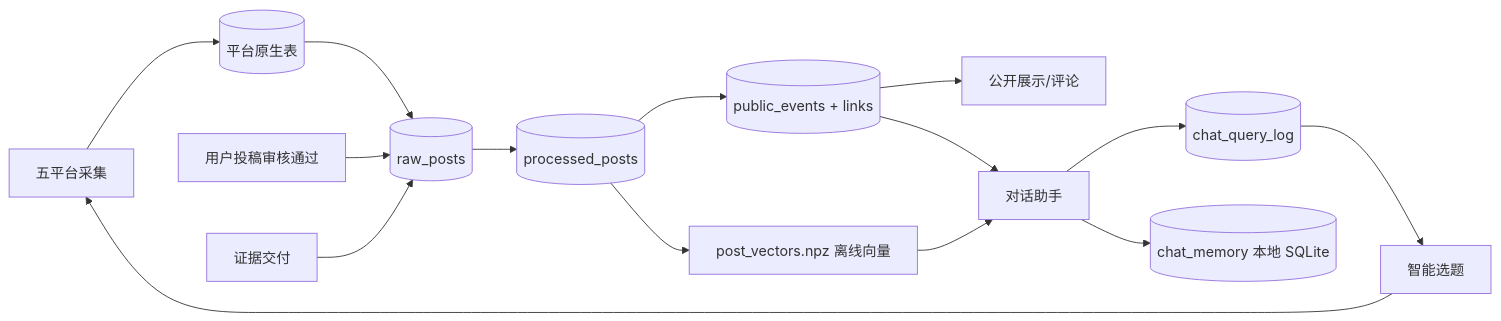
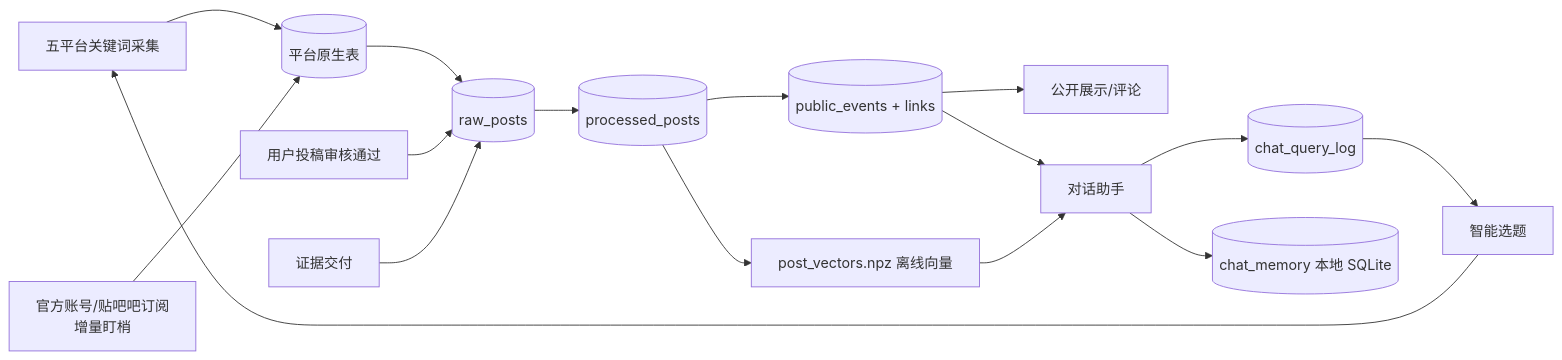
The fifth of 6 diagrams in docs/coursework/03-架构设计文档.md (begger2025/campus-ai-agent), drawn with Mermaid before and after one commit. The commit also changed other lines of this file and 5 other files, not shown here.

First line of the commit message:
docs(coursework): 订阅式爬取入账——FR-B8/架构图订阅通道/测试 1687/提交 258

````diff
--- a/docs/coursework/03-架构设计文档.md
+++ b/docs/coursework/03-架构设计文档.md
@@ -295,16 +295,17 @@
 ```mermaid
 flowchart LR
-    plat[五平台采集] --> native[(平台原生表)]
+    plat[五平台关键词采集] --> native[(平台原生表)]
+    sub2[官方账号/贴吧吧订阅<br/>增量盯梢] --> native
     native --> raw[(raw_posts)]
     sub[用户投稿审核通过] --> raw
     evid[证据交付] --> raw
     raw --> proc[(processed_posts)]
     proc --> vec[post_vectors.npz 离线向量]
     proc --> ev[(public_events + links)]
     ev --> fe1[公开展示/评论]
     ev --> chat[对话助手]
     vec --> chat
     chat --> qlog[(chat_query_log)]
     qlog --> topic[智能选题] --> plat
     chat --> memfile[(chat_memory 本地 SQLite)]
 ```
````
